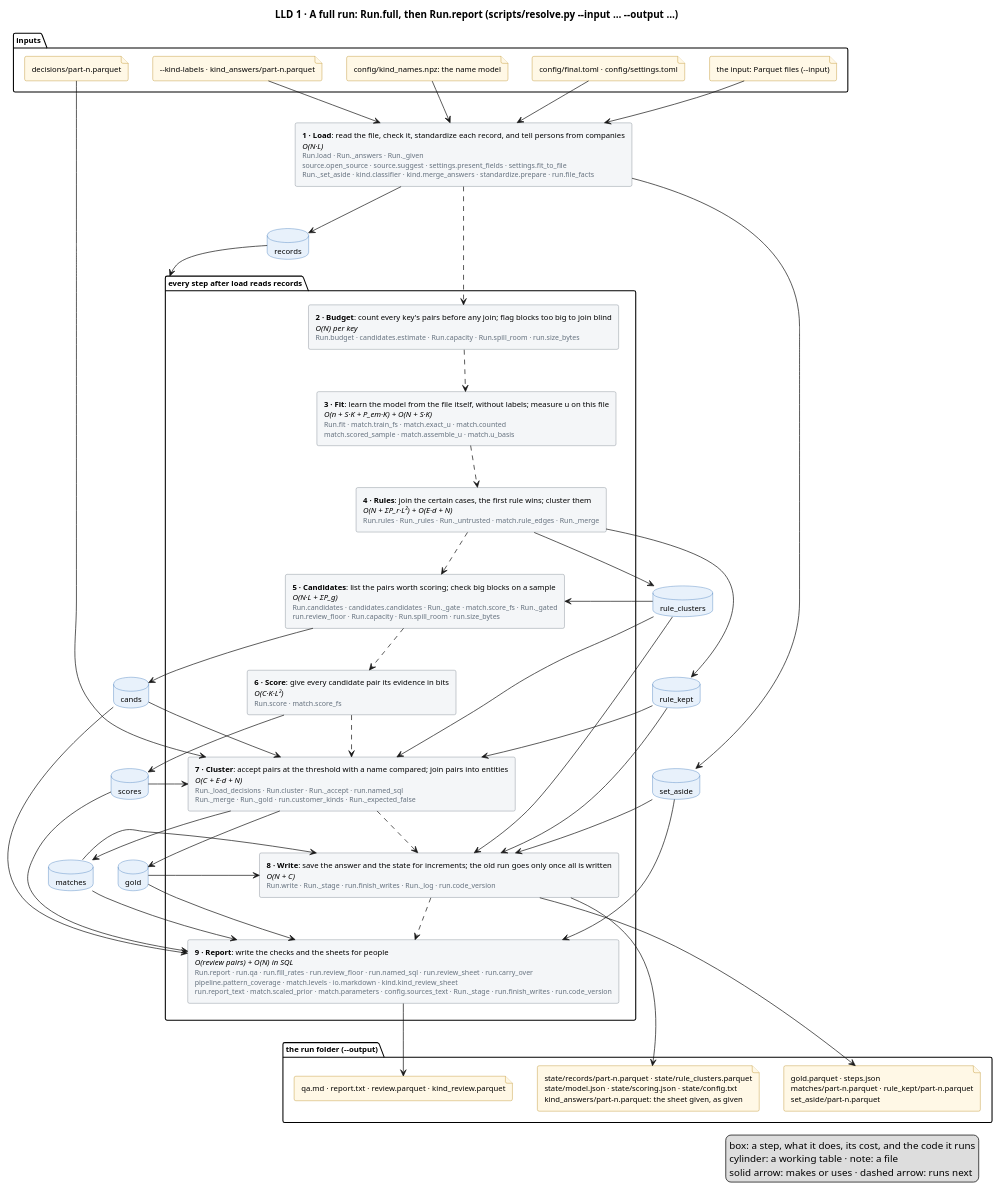
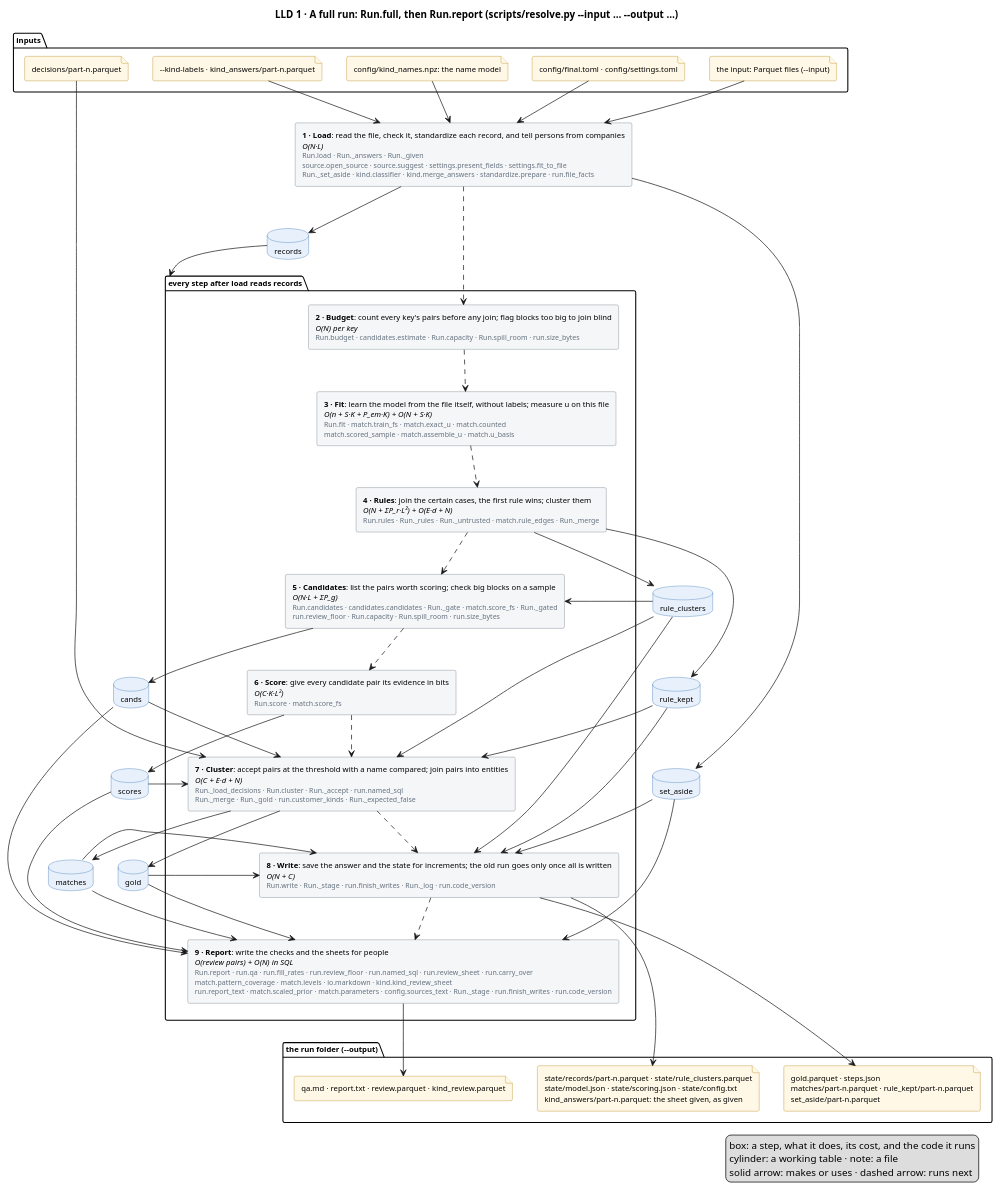
Before and after one commit to mvsbm/entity_matching: the diagram in docs/diagrams/full-run.puml, drawn with PlantUML. The commit also changed 16 other files, not shown here.

```diff
--- a/docs/diagrams/full-run.puml
+++ b/docs/diagrams/full-run.puml
@@ -1,100 +1,100 @@
 @startuml full-run
 title LLD 1 · A full run: Run.full, then Run.report (scripts/resolve.py ~--input … ~--output …)
 skinparam defaultFontSize 11
 skinparam rectangle {
   BackgroundColor #F4F6F8
   BorderColor #65717E
 }
 skinparam database {
   BackgroundColor #E8F1FB
   BorderColor #2C6DB3
 }
 skinparam file {
   BackgroundColor #FFF8E6
   BorderColor #B07D00
 }
 
 package "inputs" {
   file "the input: Parquet files (~--input)" as f_input
   file "config/final.toml · config/settings.toml" as f_config
   file "config/kind_names.npz: the name model" as f_names
   file "~--kind-labels · kind_answers/part-n.parquet" as f_answers
   file "decisions/part-n.parquet" as f_decisions
 }
 
 
 rectangle "<b>1 · Load</b>: read the file, check it, standardize each record, and tell persons from companies\n<i>O(N·L)</i>\n<size:10><color:#65717E>Run.load · Run._answers · Run._given</color></size>\n<size:10><color:#65717E>source.open_source · source.suggest · settings.present_fields · settings.fit_to_file</color></size>\n<size:10><color:#65717E>Run._set_aside · kind.classifier · kind.merge_answers · standardize.prepare · run.file_facts</color></size>" as load
 package "every step after load reads records" as after_load {
   rectangle "<b>2 · Budget</b>: count every key's pairs before any join; flag blocks too big to join blind\n<i>O(N) per key</i>\n<size:10><color:#65717E>Run.budget · candidates.estimate · Run.capacity · Run.spill_room · run.size_bytes</color></size>" as budget
   rectangle "<b>3 · Fit</b>: learn the model from the file itself, without labels; measure u on this file\n<i>O(n + S·K + P_em·K) + O(N + S·K)</i>\n<size:10><color:#65717E>Run.fit · match.train_fs · match.exact_u · match.counted</color></size>\n<size:10><color:#65717E>match.scored_sample · match.assemble_u · match.u_basis</color></size>" as fit
   rectangle "<b>4 · Rules</b>: join the certain cases, the first rule wins; cluster them\n<i>O(N + ΣP_r·L²) + O(E·d + N)</i>\n<size:10><color:#65717E>Run.rules · Run._rules · Run._untrusted · match.rule_edges · Run._merge</color></size>" as rules
   rectangle "<b>5 · Candidates</b>: list the pairs worth scoring; check big blocks on a sample\n<i>O(N·L + ΣP_g)</i>\n<size:10><color:#65717E>Run.candidates · candidates.candidates · Run._gate · match.score_fs · Run._gated</color></size>\n<size:10><color:#65717E>run.review_floor · Run.capacity · Run.spill_room · run.size_bytes</color></size>" as candidates
   rectangle "<b>6 · Score</b>: give every candidate pair its evidence in bits\n<i>O(C·K·L²)</i>\n<size:10><color:#65717E>Run.score · match.score_fs</color></size>" as score
   rectangle "<b>7 · Cluster</b>: accept pairs at the threshold with a name compared; join pairs into entities\n<i>O(C + E·d + N)</i>\n<size:10><color:#65717E>Run._load_decisions · Run.cluster · Run._accept · run.named_sql</color></size>\n<size:10><color:#65717E>Run._merge · Run._gold · run.customer_kinds · Run._expected_false</color></size>" as cluster
   rectangle "<b>8 · Write</b>: save the answer and the state for increments; the old run goes only once all is written\n<i>O(N + C)</i>\n<size:10><color:#65717E>Run.write · Run._stage · run.finish_writes · Run._log · run.code_version</color></size>" as write
-  rectangle "<b>9 · Report</b>: write the checks and the sheets for people\n<i>O(review pairs) + O(N) in SQL</i>\n<size:10><color:#65717E>Run.report · run.qa · run.fill_rates · run.review_floor · run.named_sql · run.review_sheet · run.carry_over</color></size>\n<size:10><color:#65717E>pipeline.pattern_coverage · match.levels · io.markdown · kind.kind_review_sheet</color></size>\n<size:10><color:#65717E>run.report_text · match.scaled_prior · match.parameters · config.sources_text · Run._stage · run.finish_writes · run.code_version</color></size>" as report
+  rectangle "<b>9 · Report</b>: write the checks and the sheets for people\n<i>O(review pairs) + O(N) in SQL</i>\n<size:10><color:#65717E>Run.report · run.qa · run.fill_rates · run.review_floor · run.named_sql · run.review_sheet · run.carry_over</color></size>\n<size:10><color:#65717E>match.pattern_coverage · match.levels · io.markdown · kind.kind_review_sheet</color></size>\n<size:10><color:#65717E>run.report_text · match.scaled_prior · match.parameters · config.sources_text · Run._stage · run.finish_writes · run.code_version</color></size>" as report
 }
 database "records" as records
 database "set_aside" as set_aside
 database "rule_clusters" as rule_clusters
 database "rule_kept" as rule_kept
 database "cands" as cands
 database "scores" as scores
 database "matches" as matches
 database "gold" as gold
 
 package "the run folder (~--output)" {
   file "gold.parquet · steps.json\nmatches/part-n.parquet · rule_kept/part-n.parquet\nset_aside/part-n.parquet" as f_out
   file "state/records/part-n.parquet · state/rule_clusters.parquet\nstate/model.json · state/scoring.json · state/config.txt\nkind_answers/part-n.parquet: the sheet given, as given" as f_state
   file "qa.md · report.txt · review.parquet · kind_review.parquet" as f_people
 }
 
 f_input --> load
 f_config --> load
 f_names --> load
 f_answers --> load
 f_decisions --> cluster
 
 load ..> budget
 budget ..> fit
 fit ..> rules
 rules ..> candidates
 candidates ..> score
 score ..> cluster
 cluster ..> write
 write ..> report
 
 load --> records
 load --> set_aside
 records --> after_load
 rules --> rule_clusters
 rules --> rule_kept
 rule_clusters --> candidates
 rule_clusters --> cluster
 rule_clusters --> write
 rule_kept --> cluster
 rule_kept --> write
 candidates --> cands
 cands --> cluster
 cands --> report
 score --> scores
 scores --> cluster
 scores --> report
 cluster --> matches
 cluster --> gold
 matches --> write
 matches --> report
 gold --> write
 gold --> report
 set_aside --> write
 set_aside --> report
 
 write --> f_out
 write --> f_state
 report --> f_people
 legend right
   box: a step, what it does, its cost, and the code it runs
   cylinder: a working table · note: a file
   solid arrow: makes or uses · dashed arrow: runs next
 endlegend
 @enduml
```
